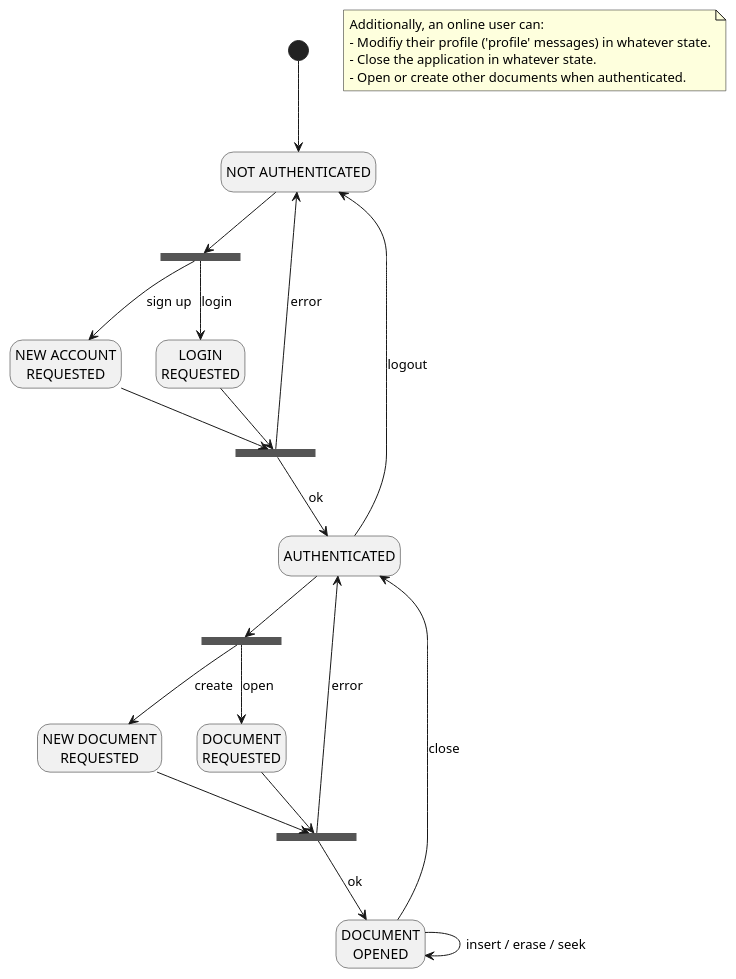
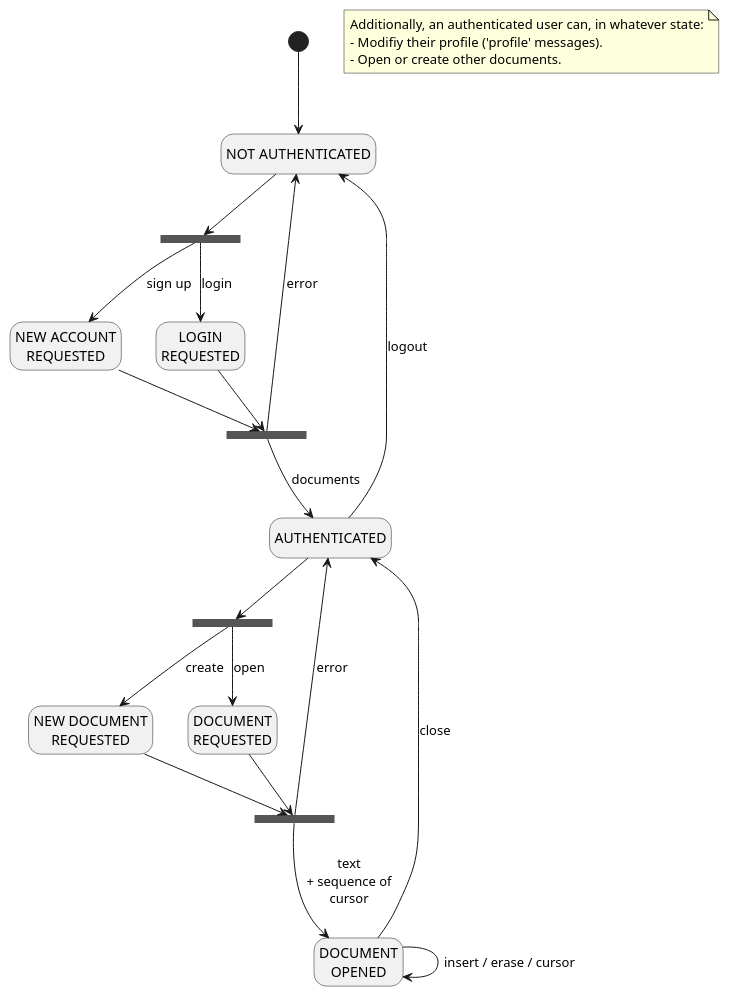
The diagram in docs/plantuml/protocol.pu (franco-ruggeri/write-together), drawn with PlantUML before and after one commit. The commit also changed 1 other file, not shown here.

```diff
--- a/docs/plantuml/protocol.pu
+++ b/docs/plantuml/protocol.pu
@@ -1,45 +1,43 @@
 @startuml
 hide empty description
 
 state "NOT AUTHENTICATED" as na
 state "LOGIN\nREQUESTED" as lr
 state "NEW ACCOUNT\nREQUESTED" as nar
 state "AUTHENTICATED" as a
 state "DOCUMENT\nREQUESTED" as dr
 state "NEW DOCUMENT\nREQUESTED" as ndr
 state "DOCUMENT\nOPENED" as do
 state fork_authentication <<fork>>
 state join_authentication <<join>>
 state fork_document <<fork>>
 state join_document <<join>>
 
 [*] --> na
 
 na --> fork_authentication
 fork_authentication --> lr : login
 fork_authentication --> nar : sign up
 lr --> join_authentication
 nar --> join_authentication
-join_authentication --> a : ok
+join_authentication --> a : documents
 join_authentication --> na : error
 
 a --> na : logout
 
 a --> fork_document
 fork_document --> dr : open
 fork_document --> ndr : create
 dr --> join_document
 ndr --> join_document
-join_document --> do : ok
+join_document --> do : text\n+ sequence of\ncursor
 join_document --> a : error
 do --> a : close
 
-do --> do : insert / erase / seek
-
+do --> do : insert / erase / cursor
 note as n
-   Additionally, an online user can:
-   - Modifiy their profile ('profile' messages) in whatever state.
-   - Close the application in whatever state.
-   - Open or create other documents when authenticated.
+   Additionally, an authenticated user can, in whatever state:
+   - Modifiy their profile ('profile' messages).
+   - Open or create other documents.
 end note
 @enduml
```
